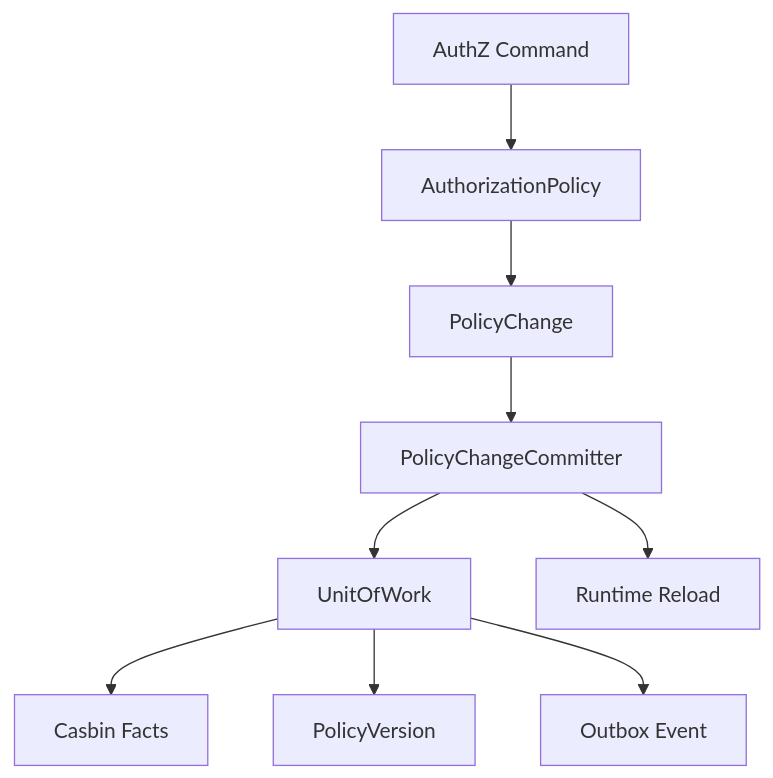
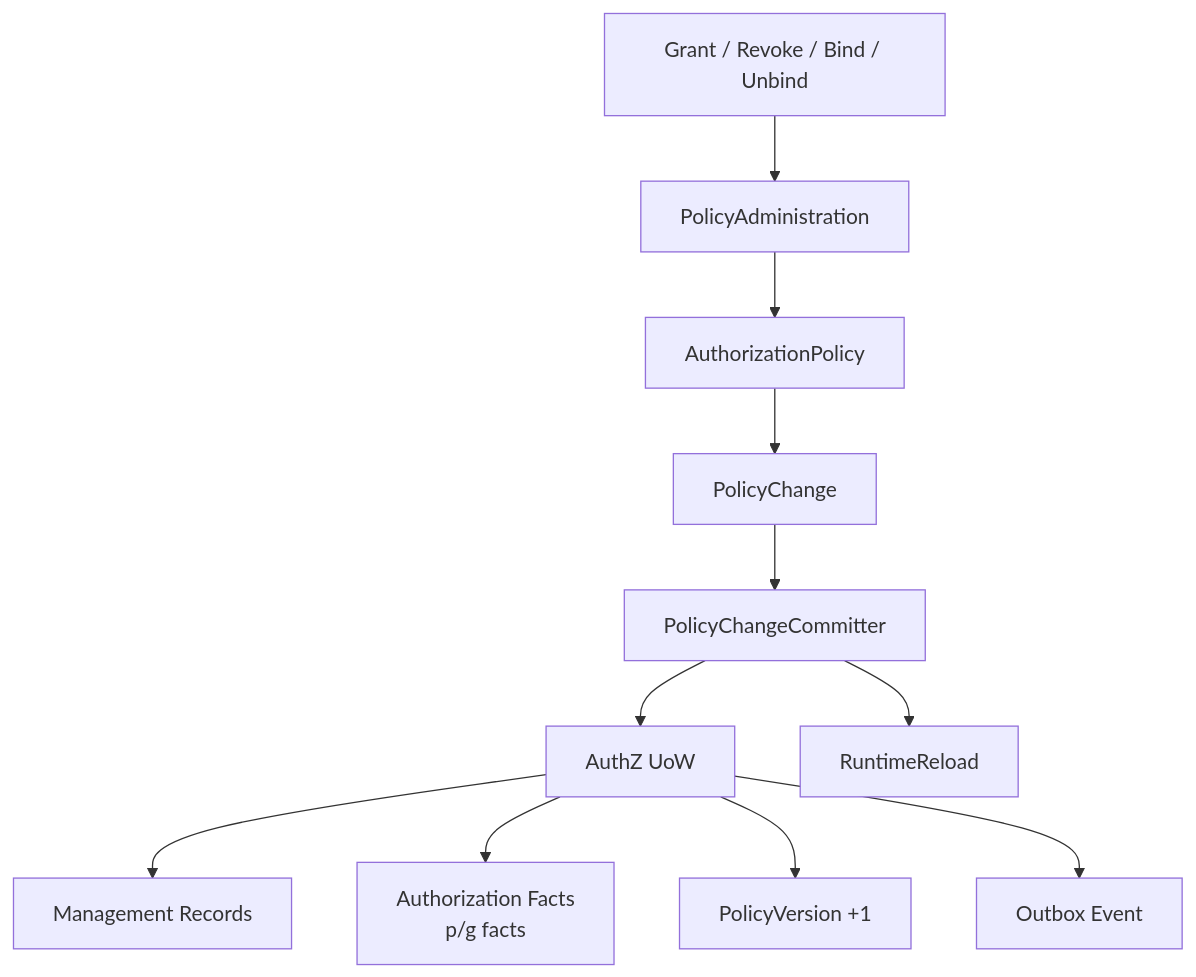
Before and after one commit to FangcunMount/iam: the seventh of 9 diagrams in docs/00-概览/01-系统架构总览.md, drawn with Mermaid. The commit also changed other lines of this file and 4 other files, not shown here.

````diff
--- a/docs/00-概览/01-系统架构总览.md
+++ b/docs/00-概览/01-系统架构总览.md
@@ -542,21 +557,21 @@
 ```mermaid
 flowchart TD
-    Command["AuthZ Command"]
-    Policy["AuthorizationPolicy"]
+    Command["Grant / Revoke / Bind / Unbind"]
+    Admin["PolicyAdministration"]
+    DomainPolicy["AuthorizationPolicy"]
     Change["PolicyChange"]
     Committer["PolicyChangeCommitter"]
-    UOW["UnitOfWork"]
-    Facts["Casbin Facts"]
-    Version["PolicyVersion"]
+    UOW["AuthZ UoW"]
+    Mgmt["Management Records"]
+    Facts["Authorization Facts<br/>p/g facts"]
+    Version["PolicyVersion +1"]
     Outbox["Outbox Event"]
-    Reload["Runtime Reload"]
+    Reload["RuntimeReload"]
 
-    Command --> Policy
-    Policy --> Change
-    Change --> Committer
-    Committer --> UOW
+    Command --> Admin --> DomainPolicy --> Change --> Committer --> UOW
+    UOW --> Mgmt
     UOW --> Facts
     UOW --> Version
     UOW --> Outbox
     Committer --> Reload
 ```
````
